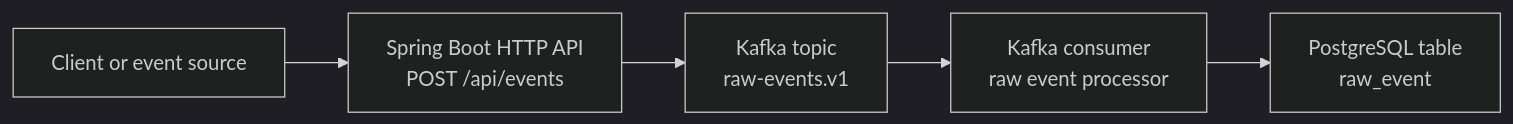
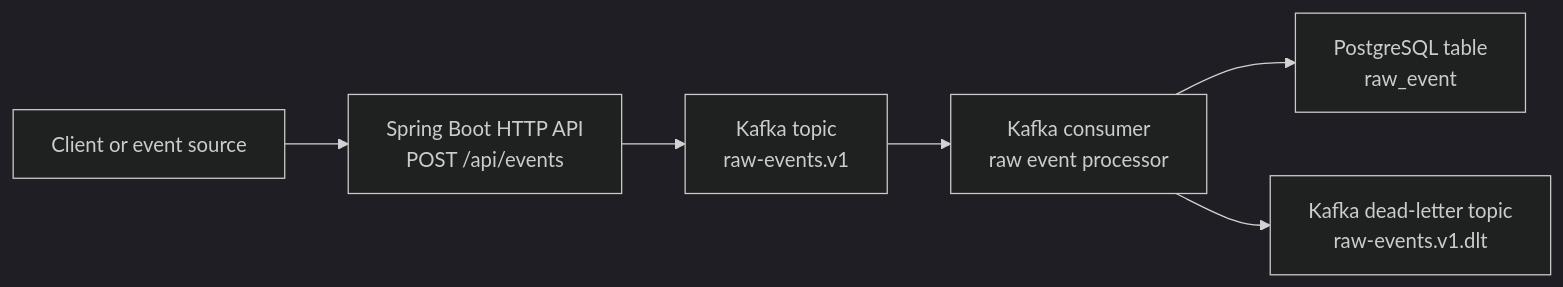
Before and after one commit to allatag/agentic-dataops-platform: the diagram in docs/architecture.md, drawn with Mermaid (dark theme). The commit also changed other lines of this file and 4 other files, not shown here.

````diff
--- a/docs/architecture.md
+++ b/docs/architecture.md
@@ -30,7 +30,8 @@
 ```mermaid
 flowchart LR
     Client["Client or event source"] --> Api["Spring Boot HTTP API\nPOST /api/events"]
     Api --> Topic["Kafka topic\nraw-events.v1"]
     Topic --> Consumer["Kafka consumer\nraw event processor"]
     Consumer --> Database["PostgreSQL table\nraw_event"]
+    Consumer --> Dlt["Kafka dead-letter topic\nraw-events.v1.dlt"]
 ```
````
